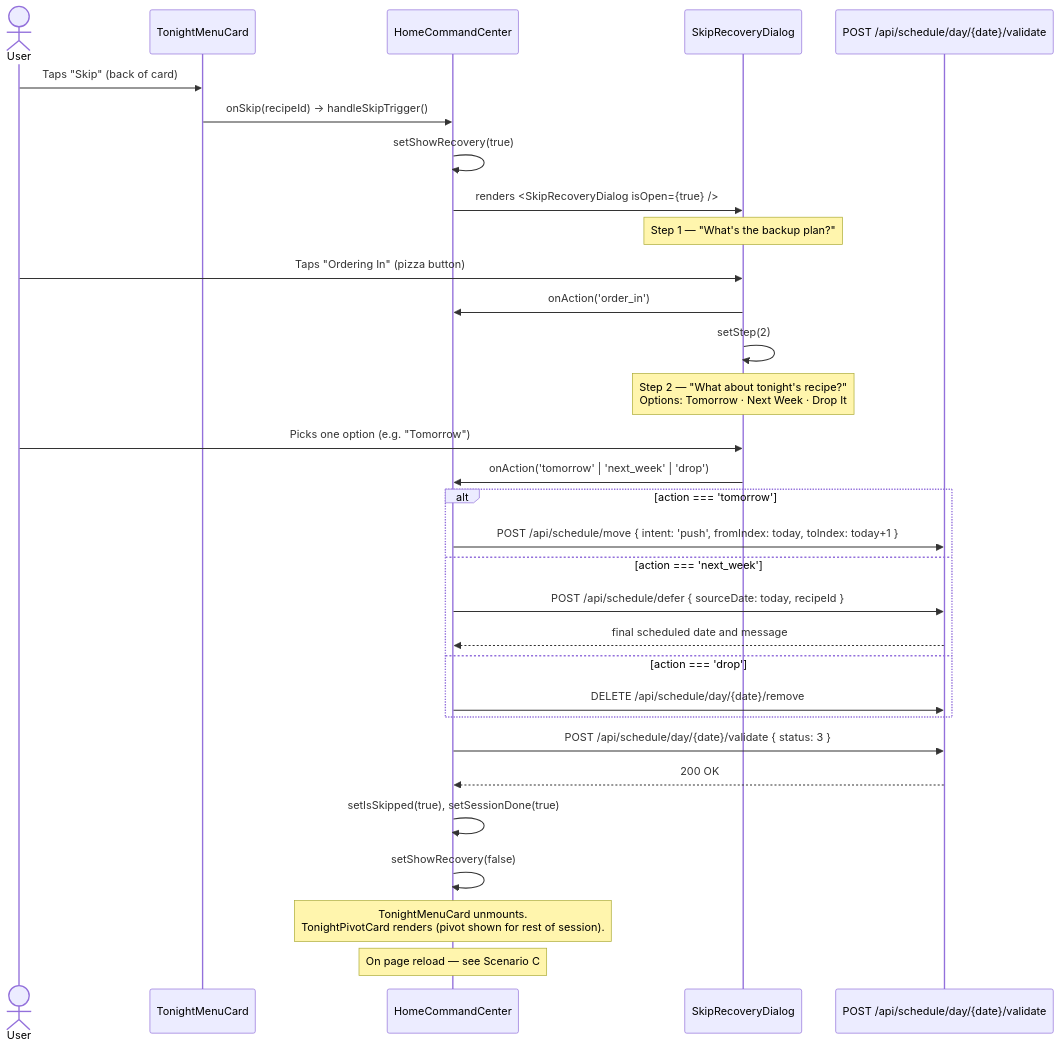
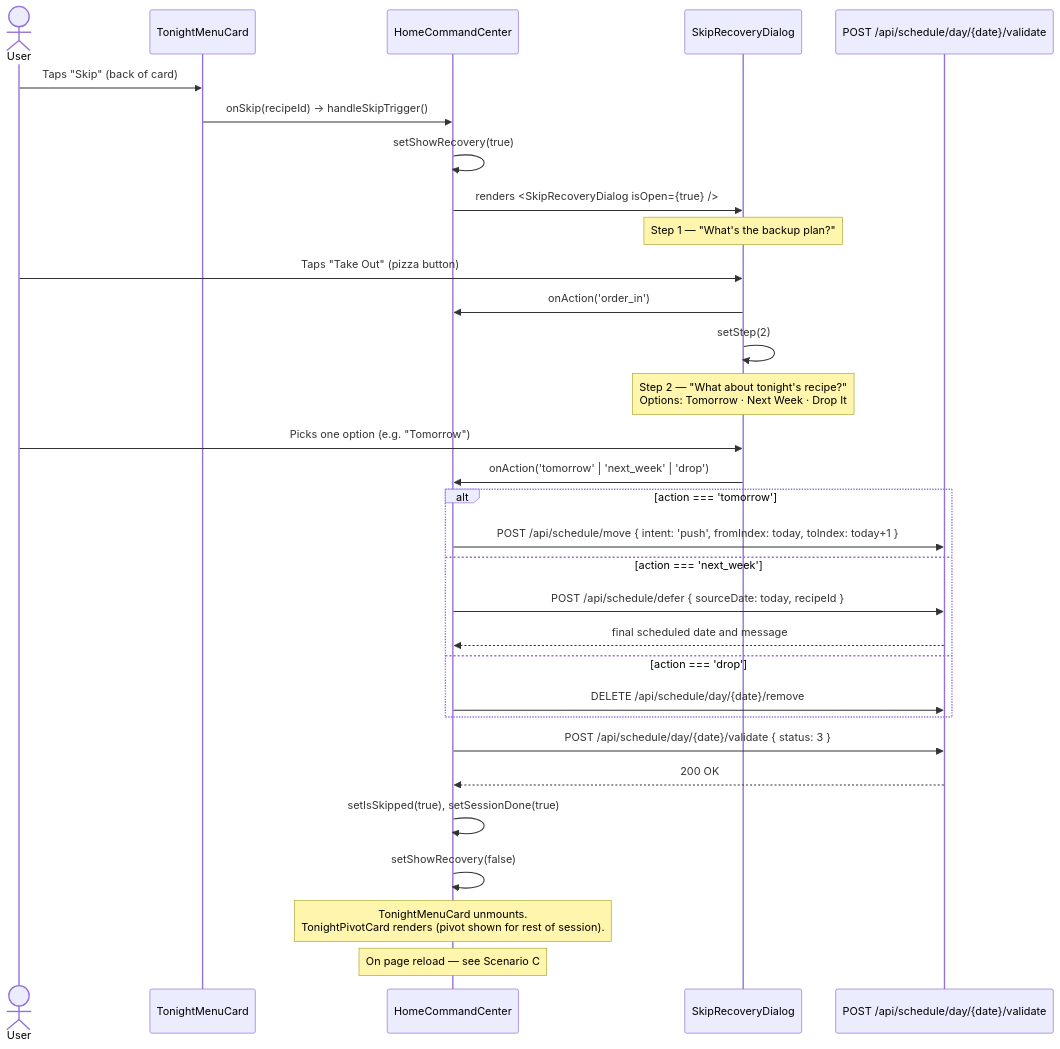
The first of 3 diagrams in docs/flows/user-flows/order-in-flow.md (AlexandreBrisebois/whats-for-supper), drawn with Mermaid before and after one commit. The commit also changed other lines of this file and 193 other files, not shown here.

````diff
--- a/docs/flows/user-flows/order-in-flow.md
+++ b/docs/flows/user-flows/order-in-flow.md
@@ -12,43 +12,43 @@
 ```mermaid
 sequenceDiagram
     actor User
     participant TMC as TonightMenuCard
     participant HCC as HomeCommandCenter
     participant SRD as SkipRecoveryDialog
     participant API as POST /api/schedule/day/{date}/validate
 
     User->>TMC: Taps "Skip" (back of card)
     TMC->>HCC: onSkip(recipeId) → handleSkipTrigger()
     HCC->>HCC: setShowRecovery(true)
     HCC->>SRD: renders <SkipRecoveryDialog isOpen={true} />
 
     Note over SRD: Step 1 — "What's the backup plan?"
 
-    User->>SRD: Taps "Ordering In" (pizza button)
+    User->>SRD: Taps "Take Out" (pizza button)
     SRD->>HCC: onAction('order_in')
     SRD->>SRD: setStep(2)
 
     Note over SRD: Step 2 — "What about tonight's recipe?"<br/>Options: Tomorrow · Next Week · Drop It
 
     User->>SRD: Picks one option (e.g. "Tomorrow")
     SRD->>HCC: onAction('tomorrow' | 'next_week' | 'drop')
 
     alt action === 'tomorrow'
         HCC->>API: POST /api/schedule/move { intent: 'push', fromIndex: today, toIndex: today+1 }
     else action === 'next_week'
         HCC->>API: POST /api/schedule/defer { sourceDate: today, recipeId }
         API-->>HCC: final scheduled date and message
     else action === 'drop'
         HCC->>API: DELETE /api/schedule/day/{date}/remove
     end
 
     HCC->>API: POST /api/schedule/day/{date}/validate { status: 3 }
     API-->>HCC: 200 OK
 
     HCC->>HCC: setIsSkipped(true), setSessionDone(true)
     HCC->>HCC: setShowRecovery(false)
 
     Note over HCC: TonightMenuCard unmounts.<br/>TonightPivotCard renders (pivot shown for rest of session).
 
     Note over HCC: On page reload — see Scenario C
 ```
````
